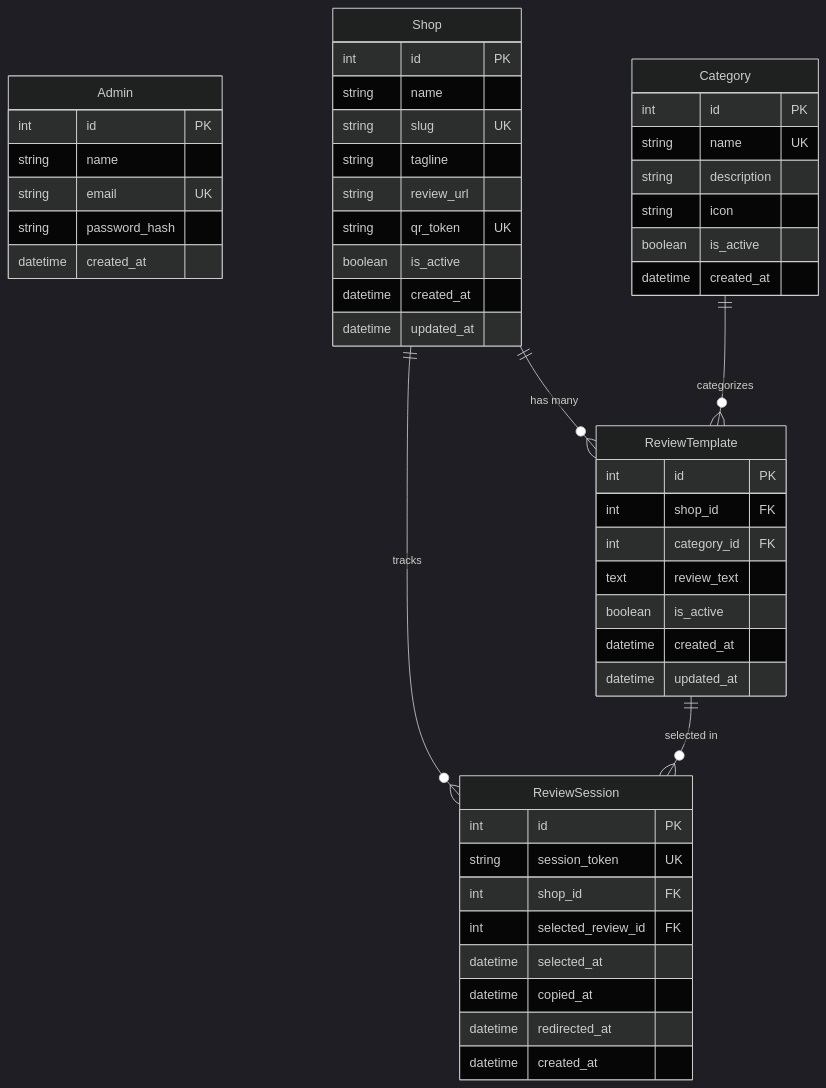
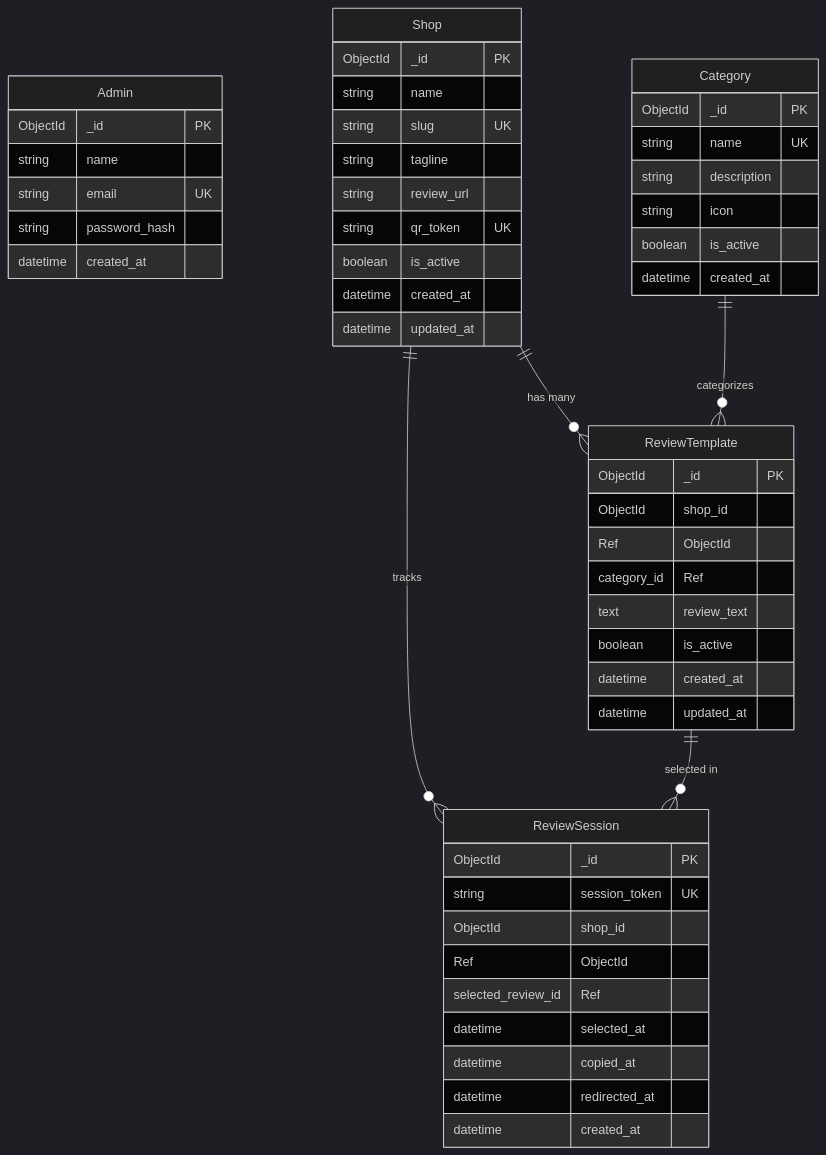
Before and after one commit to SWAPY8/OutReach_System: the second of 2 diagrams in WALKTHROUGH.md, drawn with Mermaid (dark theme). The commit also changed other lines of this file and 30 other files, not shown here.

````diff
--- a/WALKTHROUGH.md
+++ b/WALKTHROUGH.md
@@ -50,57 +50,57 @@
 ```mermaid
 erDiagram
     Admin {
-        int id PK
+        ObjectId _id PK
         string name
         string email UK
         string password_hash
         datetime created_at
     }
 
     Shop {
-        int id PK
+        ObjectId _id PK
         string name
         string slug UK
         string tagline
         string review_url
         string qr_token UK
         boolean is_active
         datetime created_at
         datetime updated_at
     }
 
     Category {
-        int id PK
+        ObjectId _id PK
         string name UK
         string description
         string icon
         boolean is_active
         datetime created_at
     }
 
     ReviewTemplate {
-        int id PK
-        int shop_id FK
-        int category_id FK
+        ObjectId _id PK
+        ObjectId shop_id Ref
+        ObjectId category_id Ref
         text review_text
         boolean is_active
         datetime created_at
         datetime updated_at
     }
 
     ReviewSession {
-        int id PK
+        ObjectId _id PK
         string session_token UK
-        int shop_id FK
-        int selected_review_id FK
+        ObjectId shop_id Ref
+        ObjectId selected_review_id Ref
         datetime selected_at
         datetime copied_at
         datetime redirected_at
         datetime created_at
     }
 
     Shop ||--o{ ReviewTemplate : "has many"
     Category ||--o{ ReviewTemplate : "categorizes"
     Shop ||--o{ ReviewSession : "tracks"
     ReviewTemplate ||--o{ ReviewSession : "selected in"
 ```
````
